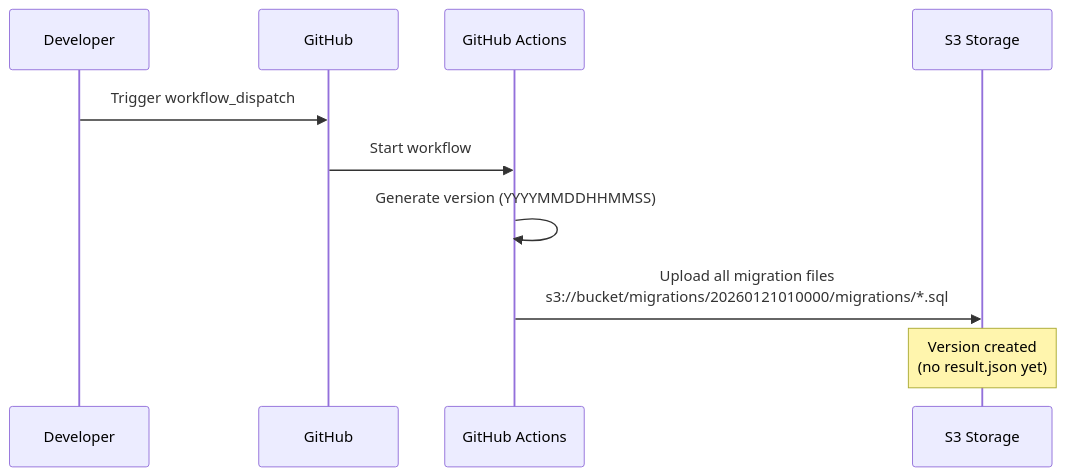
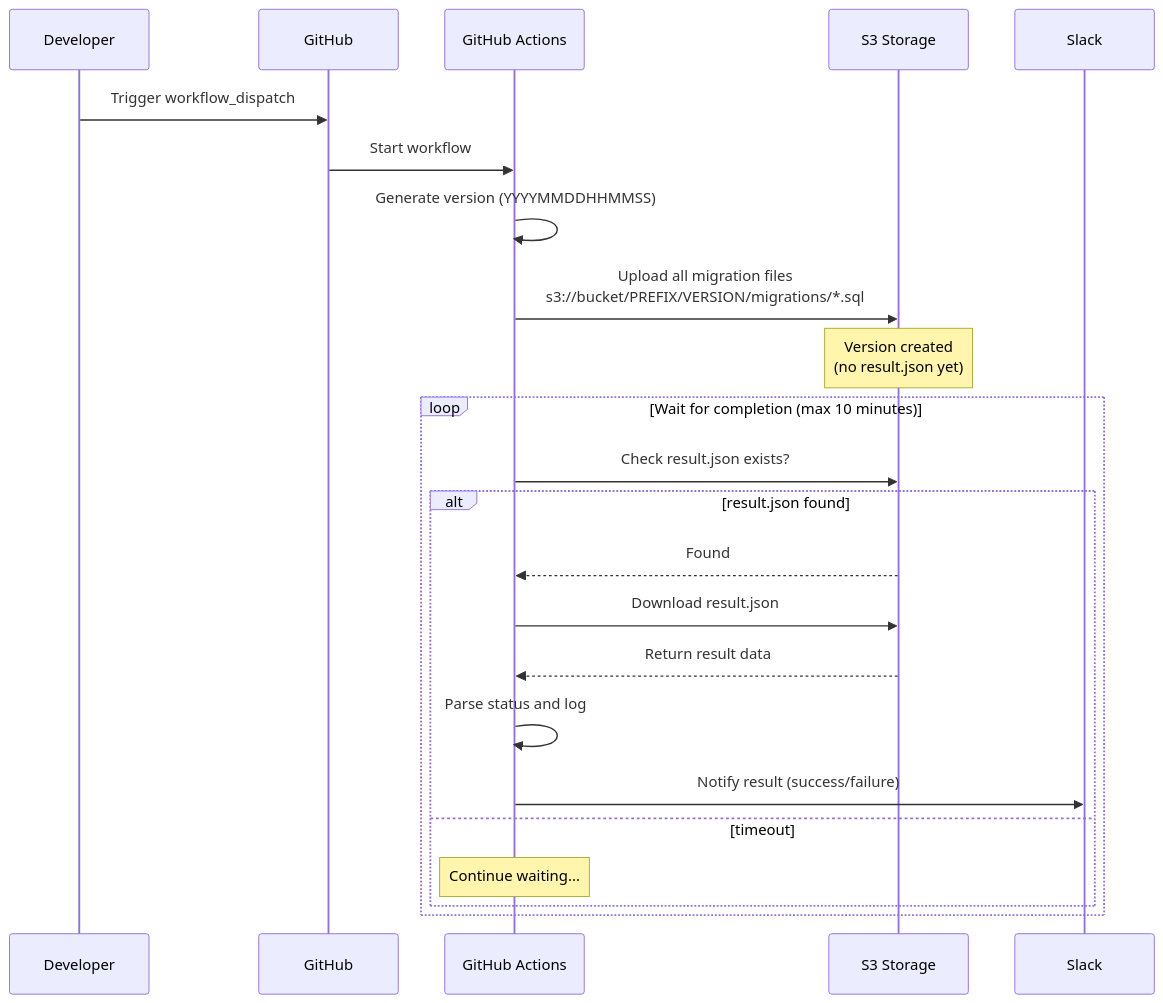
Before and after one commit to tokuhirom/dbmate-deployer: the first of 2 diagrams in README.md, drawn with Mermaid.

Commit message:
Update Upload Phase diagram to match workflow setup
Expand Upload Phase diagram to show complete workflow:
- Upload migrations to S3
- Wait for result.json (polling loop, max 10 minutes)
- Download and parse result.json
- Notify Slack with result

This matches the workflow example in section 2.2 Workflow Setup.

````diff
--- a/README.md
+++ b/README.md
@@ -21,13 +21,27 @@
 ```mermaid
 sequenceDiagram
     participant Dev as Developer
     participant GitHub as GitHub
     participant GHA as GitHub Actions
     participant S3 as S3 Storage
+    participant Slack as Slack
 
     Dev->>GitHub: Trigger workflow_dispatch
     GitHub->>GHA: Start workflow
     GHA->>GHA: Generate version (YYYYMMDDHHMMSS)
-    GHA->>S3: Upload all migration files<br/>s3://bucket/migrations/20260121010000/migrations/*.sql
+    GHA->>S3: Upload all migration files<br/>s3://bucket/PREFIX/VERSION/migrations/*.sql
     Note over S3: Version created<br/>(no result.json yet)
+
+    loop Wait for completion (max 10 minutes)
+        GHA->>S3: Check result.json exists?
+        alt result.json found
+            S3-->>GHA: Found
+            GHA->>S3: Download result.json
+            S3-->>GHA: Return result data
+            GHA->>GHA: Parse status and log
+            GHA->>Slack: Notify result (success/failure)
+        else timeout
+            Note over GHA: Continue waiting...
+        end
+    end
 ```
````
